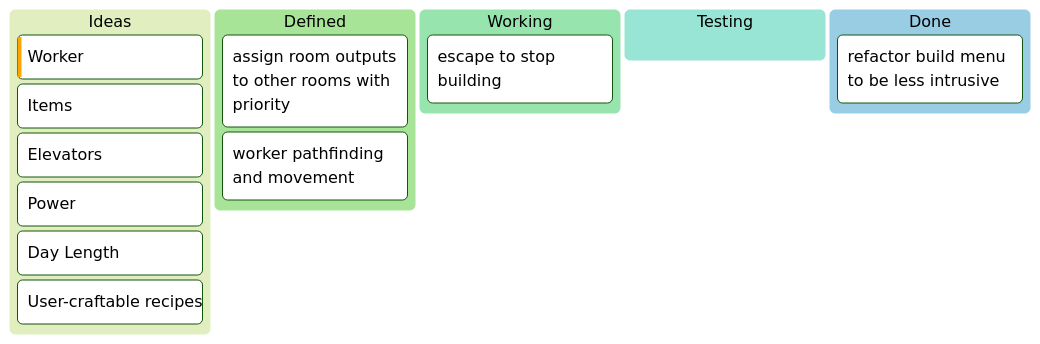
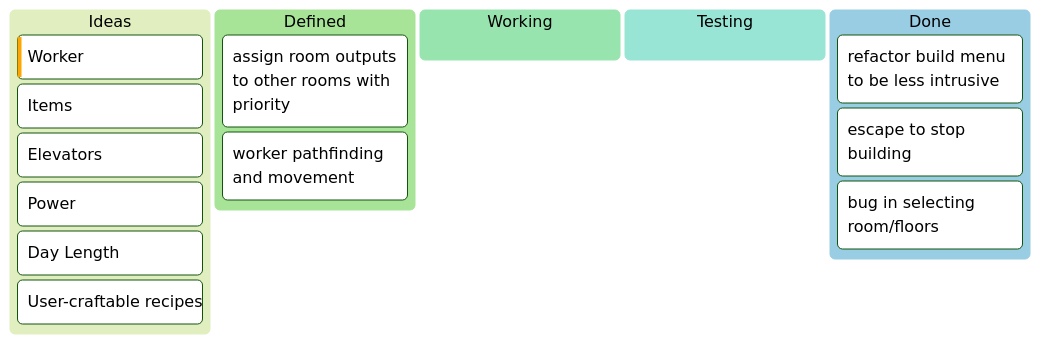
The first of 2 diagrams in TODO.md (sagecottrell/wizard-tower), drawn with Mermaid (forest theme) before and after one commit. The commit also changed 11 other files, not shown here.

Commit message:
fix bug when selecting room then floor or other way around

````diff
--- a/TODO.md
+++ b/TODO.md
@@ -5,20 +5,21 @@
 ```mermaid
 
 kanban
     idea[Ideas]
         [Worker]@{priority: 'High'}
         [Items]
         [Elevators]
         [Power]
         [Day Length]
         [User-craftable recipes]
     defined[Defined]
         [assign room outputs to other rooms with priority]
         [worker pathfinding and movement]
     wip[Working]
-        [escape to stop building]
     test[Testing]
     done[Done]
         [refactor build menu to be less intrusive]
+        [escape to stop building]
+        [bug in selecting room/floors]
 
 ```
````
